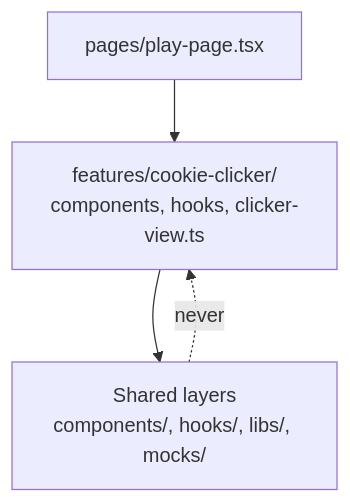
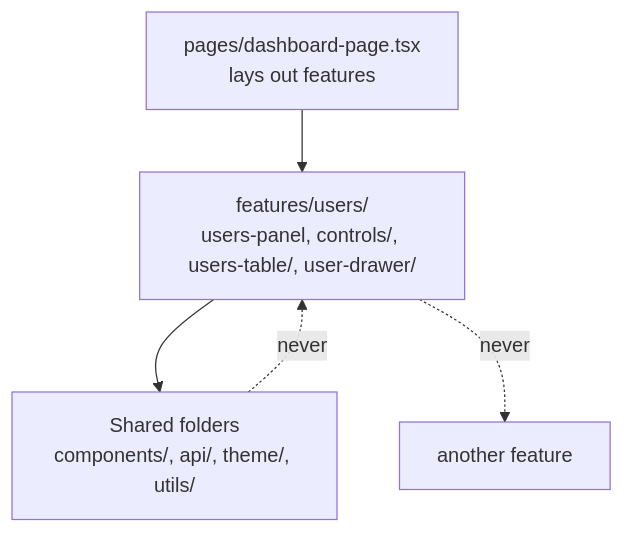
Before and after one commit to nitzanto/ratewatch: the diagram in apps/docs/src/content/docs/adrs/folder-layout.md, drawn with Mermaid. The commit also changed other lines of this file and 260 other files, not shown here.

First line of the commit message:
refactor(web): feature folders that mirror the UI, and a spec per component (#85)

````diff
--- a/apps/docs/src/content/docs/adrs/folder-layout.md
+++ b/apps/docs/src/content/docs/adrs/folder-layout.md
@@ -14,6 +14,7 @@
 ```mermaid
 flowchart TD
-  page["pages/play-page.tsx"] --> feature["features/cookie-clicker/<br/>components, hooks, clicker-view.ts"]
-  feature --> layers["Shared layers<br/>components/, hooks/, libs/, mocks/"]
-  layers -. "never" .-> feature
+  page["pages/dashboard-page.tsx<br/>lays out features"] --> feature["features/users/<br/>users-panel, controls/, users-table/, user-drawer/"]
+  feature --> shared["Shared folders<br/>components/, api/, theme/, utils/"]
+  shared -. "never" .-> feature
+  feature -. "never" .-> other["another feature"]
 ```
````
